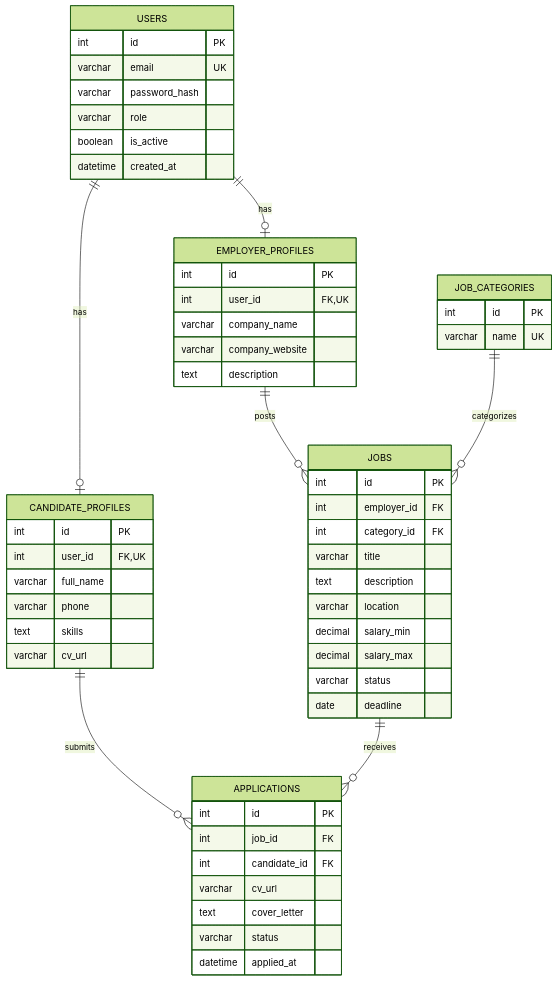
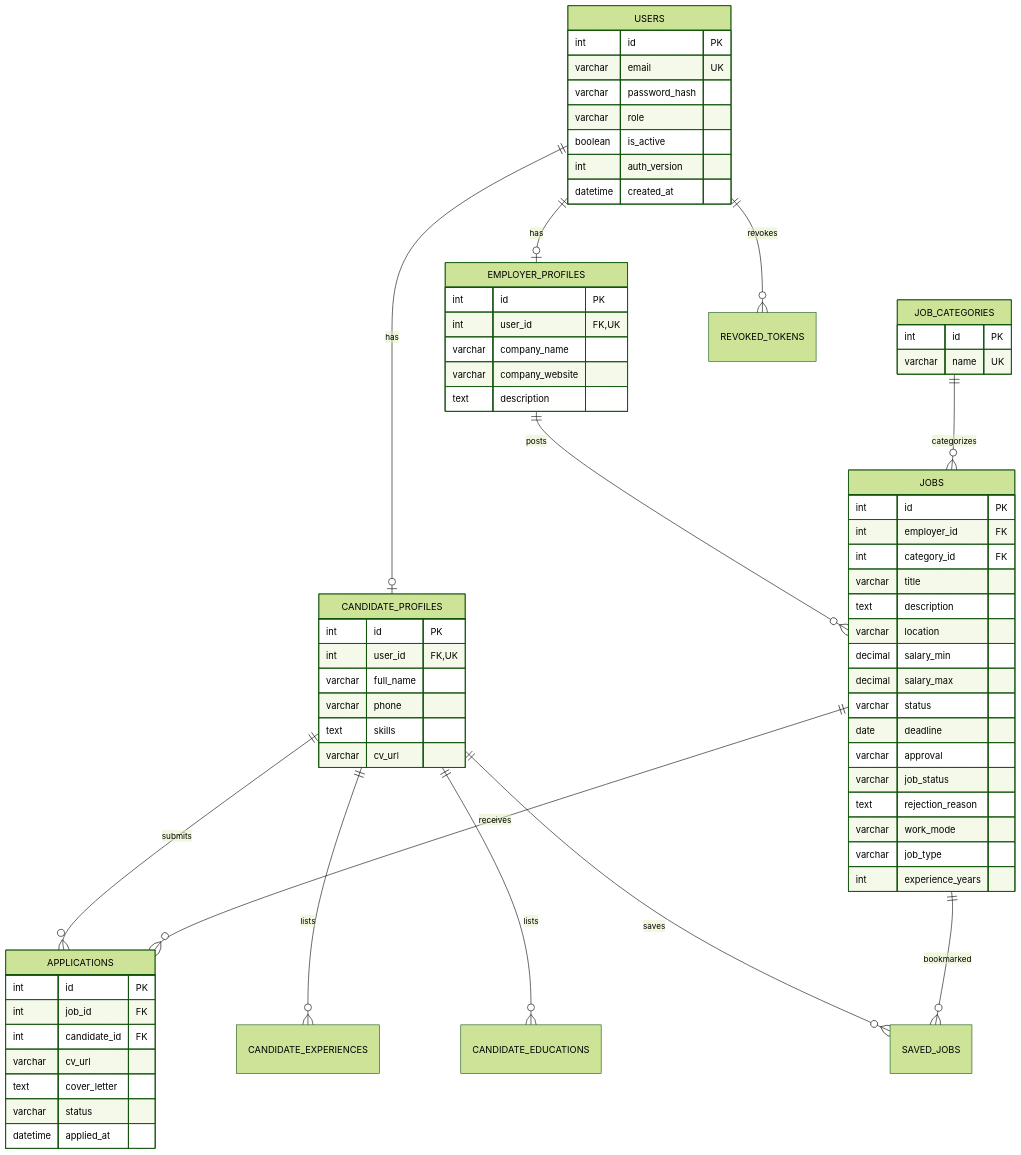
The diagram in docs/ERD.md (NguyenHoangQuan-N25dtcn046/GR6_NEN_TANG_KET_NOI_VIEC_LAM), drawn with Mermaid (forest theme) before and after one commit. The commit also changed 57 other files, not shown here.

````diff
--- a/docs/ERD.md
+++ b/docs/ERD.md
@@ -3,57 +3,69 @@
 ```mermaid
 erDiagram
   USERS ||--o| CANDIDATE_PROFILES : has
   USERS ||--o| EMPLOYER_PROFILES : has
   EMPLOYER_PROFILES ||--o{ JOBS : posts
   JOB_CATEGORIES ||--o{ JOBS : categorizes
   CANDIDATE_PROFILES ||--o{ APPLICATIONS : submits
   JOBS ||--o{ APPLICATIONS : receives
+  CANDIDATE_PROFILES ||--o{ CANDIDATE_EXPERIENCES : lists
+  CANDIDATE_PROFILES ||--o{ CANDIDATE_EDUCATIONS : lists
+  CANDIDATE_PROFILES ||--o{ SAVED_JOBS : saves
+  JOBS ||--o{ SAVED_JOBS : bookmarked
+  USERS ||--o{ REVOKED_TOKENS : revokes
   USERS {
     int id PK
     varchar email UK
     varchar password_hash
     varchar role
     boolean is_active
+    int auth_version
     datetime created_at
   }
   CANDIDATE_PROFILES {
     int id PK
     int user_id FK,UK
     varchar full_name
     varchar phone
     text skills
     varchar cv_url
   }
   EMPLOYER_PROFILES {
     int id PK
     int user_id FK,UK
     varchar company_name
     varchar company_website
     text description
   }
   JOB_CATEGORIES {
     int id PK
     varchar name UK
   }
   JOBS {
     int id PK
     int employer_id FK
     int category_id FK
     varchar title
     text description
     varchar location
     decimal salary_min
     decimal salary_max
     varchar status
     date deadline
+    varchar approval
+    varchar job_status
+    text rejection_reason
+    varchar work_mode
+    varchar job_type
+    int experience_years
   }
   APPLICATIONS {
     int id PK
     int job_id FK
     int candidate_id FK
     varchar cv_url
     text cover_letter
     varchar status
     datetime applied_at
   }
 ```
````
